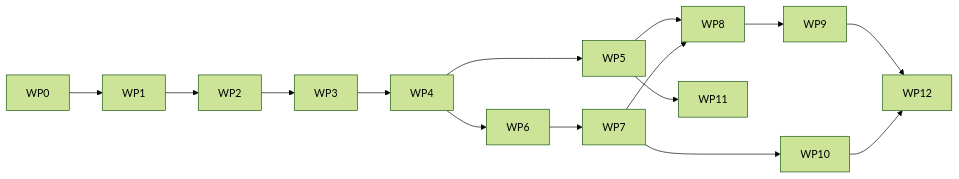
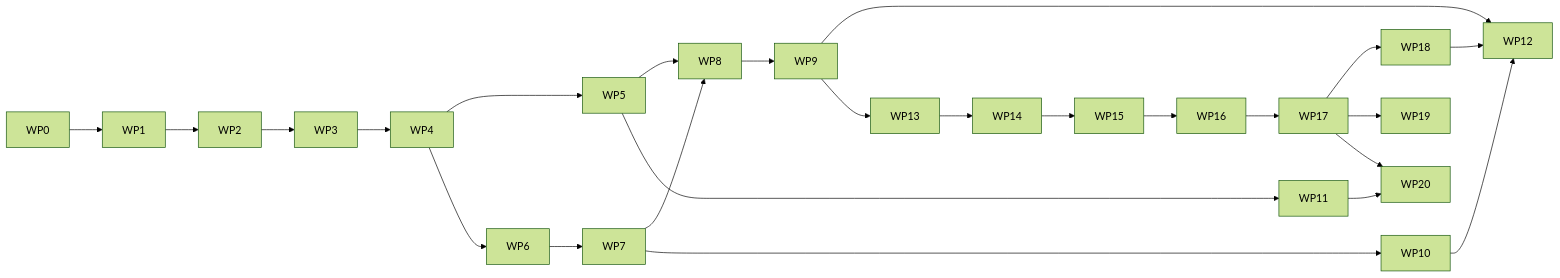
One commit to tsunflowerr/RideBound changed the diagram in docs/16-roadmap-and-work-packages.md. Above: the diagram before and after it, drawn with Mermaid (forest theme). The commit also changed other lines of this file and 117 other files, not shown here.

````diff
--- a/docs/16-roadmap-and-work-packages.md
+++ b/docs/16-roadmap-and-work-packages.md
@@ -362,17 +446,27 @@
 ```mermaid
 flowchart LR
     W0["WP0"] --> W1["WP1"]
     W1 --> W2["WP2"]
     W2 --> W3["WP3"]
     W3 --> W4["WP4"]
     W4 --> W5["WP5"]
     W4 --> W6["WP6"]
     W6 --> W7["WP7"]
     W5 --> W8["WP8"]
     W7 --> W8
     W8 --> W9["WP9"]
     W7 --> W10["WP10"]
     W9 --> W12["WP12"]
     W10 --> W12
     W5 --> W11["WP11"]
+    W9 --> W13["WP13"]
+    W13 --> W14["WP14"]
+    W14 --> W15["WP15"]
+    W15 --> W16["WP16"]
+    W16 --> W17["WP17"]
+    W17 --> W18["WP18"]
+    W17 --> W19["WP19"]
+    W17 --> W20["WP20"]
+    W11 --> W20
+    W18 --> W12
 ```
````
